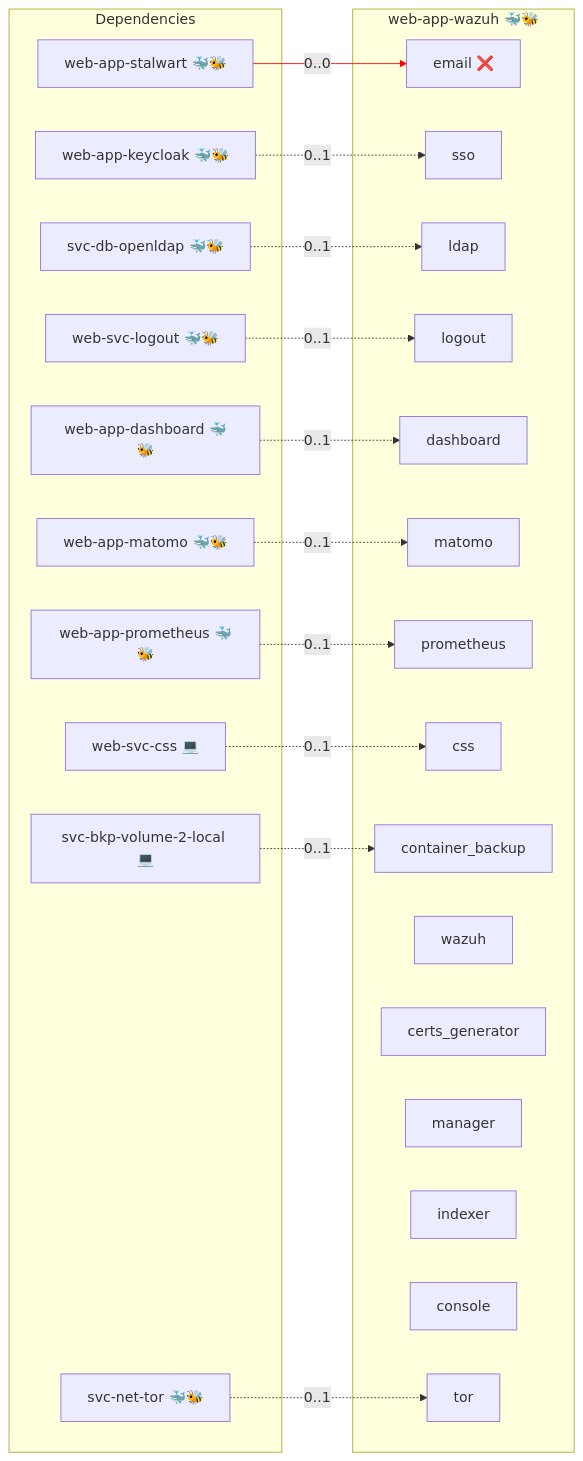
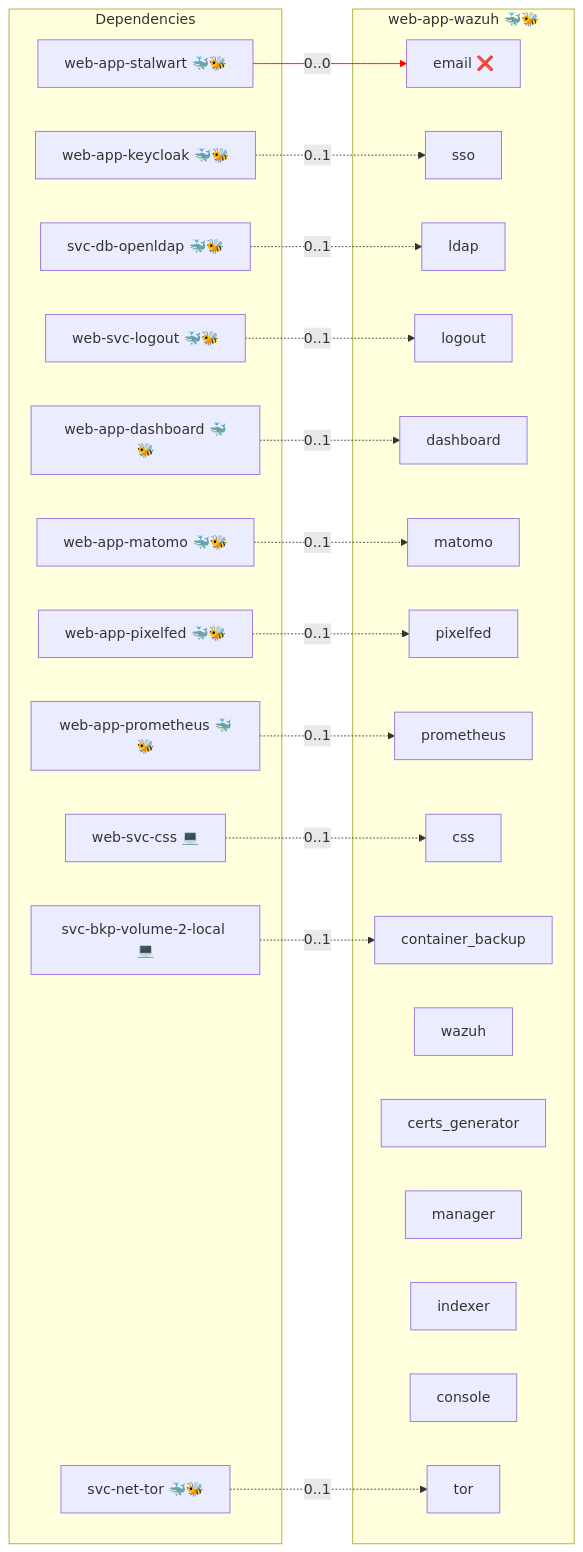
The first of 2 diagrams in roles/web-app-wazuh/README.md (infinito-nexus/core), drawn with Mermaid before and after one commit. The commit also changed 13 other files, not shown here.

````diff
--- a/roles/web-app-wazuh/README.md
+++ b/roles/web-app-wazuh/README.md
@@ -139,43 +139,46 @@
 ```mermaid
 flowchart LR
     subgraph deps [Dependencies]
         dep_svc_bkp_volume_2_local["svc-bkp-volume-2-local 💻"]
         dep_svc_db_openldap["svc-db-openldap 🐳🐝"]
         dep_svc_net_tor["svc-net-tor 🐳🐝"]
         dep_web_app_dashboard["web-app-dashboard 🐳🐝"]
         dep_web_app_keycloak["web-app-keycloak 🐳🐝"]
         dep_web_app_matomo["web-app-matomo 🐳🐝"]
+        dep_web_app_pixelfed["web-app-pixelfed 🐳🐝"]
         dep_web_app_prometheus["web-app-prometheus 🐳🐝"]
         dep_web_app_stalwart["web-app-stalwart 🐳🐝"]
         dep_web_svc_css["web-svc-css 💻"]
         dep_web_svc_logout["web-svc-logout 🐳🐝"]
     end
     subgraph role [web-app-wazuh 🐳🐝]
         svc_email["email ❌"]
         svc_sso["sso"]
         svc_ldap["ldap"]
         svc_logout["logout"]
         svc_dashboard["dashboard"]
         svc_matomo["matomo"]
+        svc_pixelfed["pixelfed"]
         svc_prometheus["prometheus"]
         svc_css["css"]
         svc_container_backup["container_backup"]
         svc_wazuh["wazuh"]
         svc_certs_generator["certs_generator"]
         svc_manager["manager"]
         svc_indexer["indexer"]
         svc_console["console"]
         svc_tor["tor"]
     end
     dep_svc_bkp_volume_2_local -. "0..1" .-> svc_container_backup
     dep_svc_db_openldap -. "0..1" .-> svc_ldap
     dep_svc_net_tor -. "0..1" .-> svc_tor
     dep_web_app_dashboard -. "0..1" .-> svc_dashboard
     dep_web_app_keycloak -. "0..1" .-> svc_sso
     dep_web_app_matomo -. "0..1" .-> svc_matomo
+    dep_web_app_pixelfed -. "0..1" .-> svc_pixelfed
     dep_web_app_prometheus -. "0..1" .-> svc_prometheus
     dep_web_app_stalwart -- "0..0" --> svc_email
     dep_web_svc_css -. "0..1" .-> svc_css
     dep_web_svc_logout -. "0..1" .-> svc_logout
-    linkStyle 7 stroke:red;
+    linkStyle 8 stroke:red;
 ```
````
